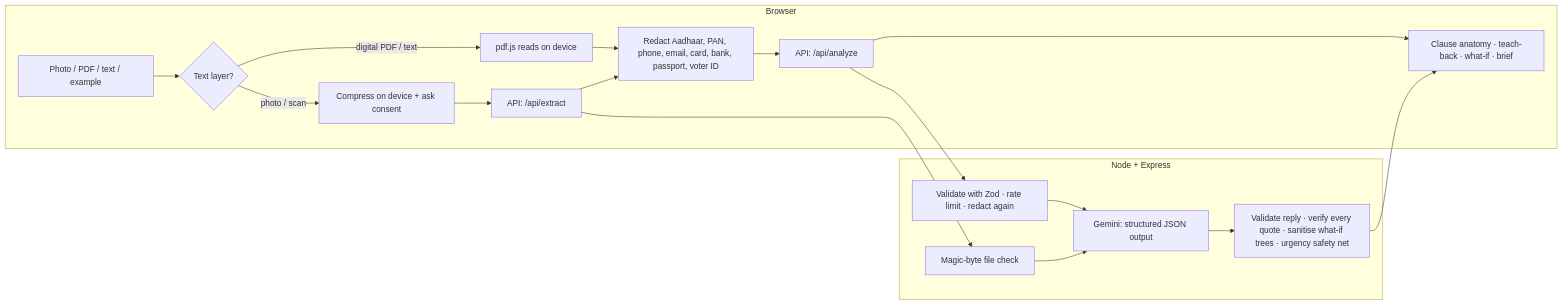
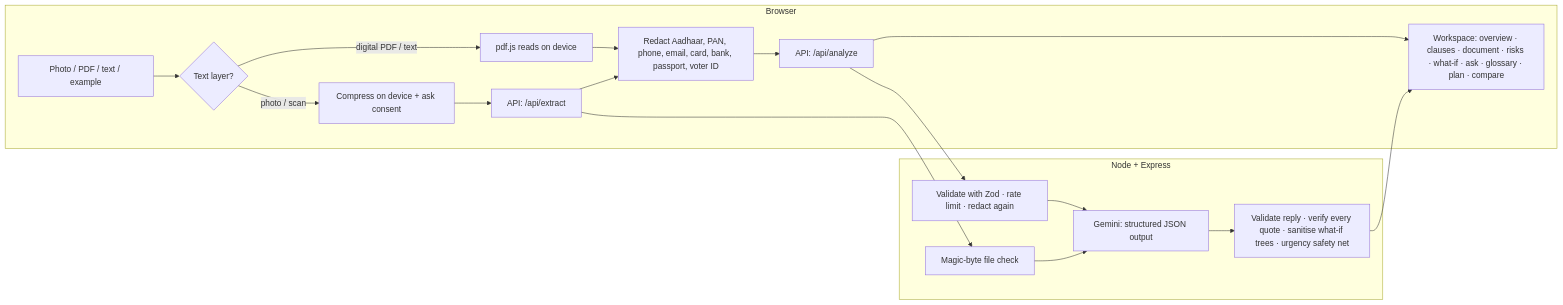
Before and after one commit to maheshmm7/clause-anatomy: the diagram in README.md, drawn with Mermaid. The commit also changed other lines of this file and 70 other files, not shown here.

````diff
--- a/README.md
+++ b/README.md
@@ -44,21 +63,21 @@
 ```mermaid
 flowchart LR
   subgraph Browser
     A[Photo / PDF / text / example] --> B{Text layer?}
     B -- digital PDF / text --> C[pdf.js reads on device]
     B -- photo / scan --> D[Compress on device + ask consent]
     C --> E[Redact Aadhaar, PAN, phone, email, card, bank, passport, voter ID]
     E --> F[API: /api/analyze]
     D --> G[API: /api/extract]
     G --> E
-    F --> H[Clause anatomy · teach-back · what-if · brief]
+    F --> H[Workspace: overview · clauses · document · risks · what-if · ask · glossary · plan · compare]
   end
   subgraph Server [Node + Express]
     F --> S1[Validate with Zod · rate limit · redact again]
     G --> S0[Magic-byte file check]
     S1 --> S2[Gemini: structured JSON output]
     S0 --> S2
     S2 --> S3[Validate reply · verify every quote · sanitise what-if trees · urgency safety net]
     S3 --> H
   end
 ```
````
